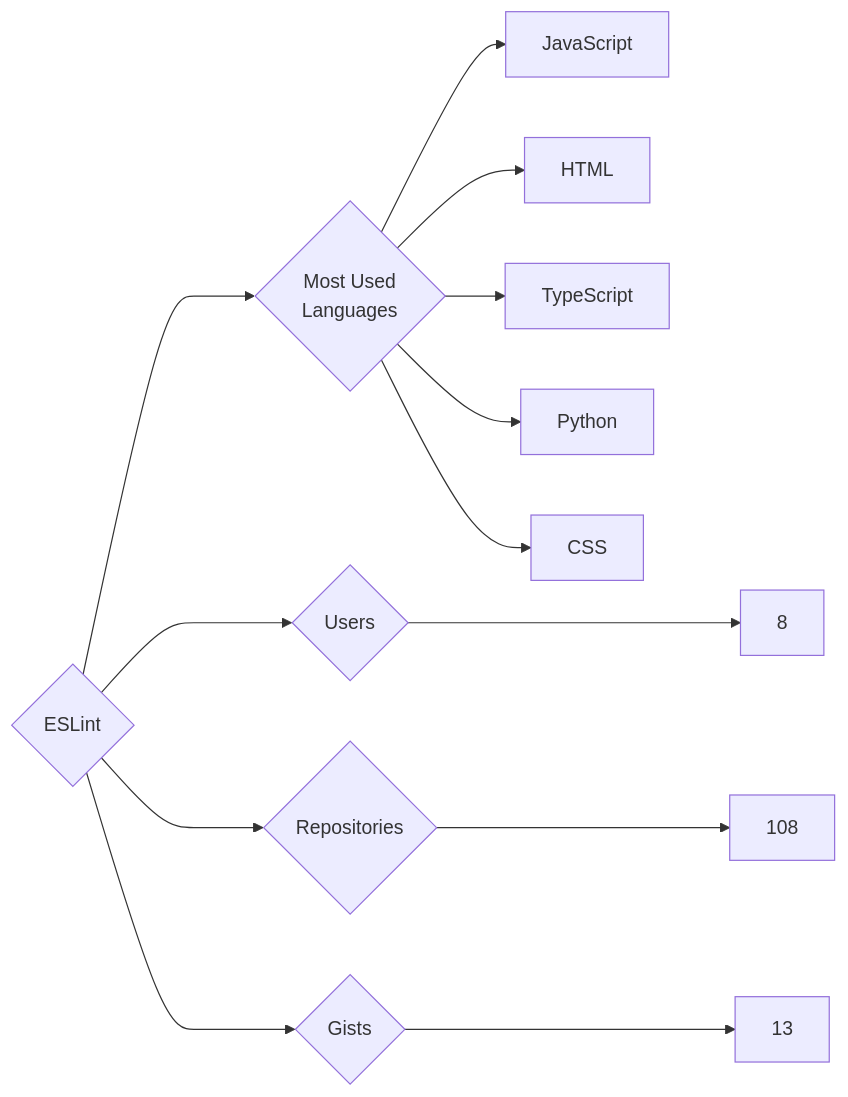
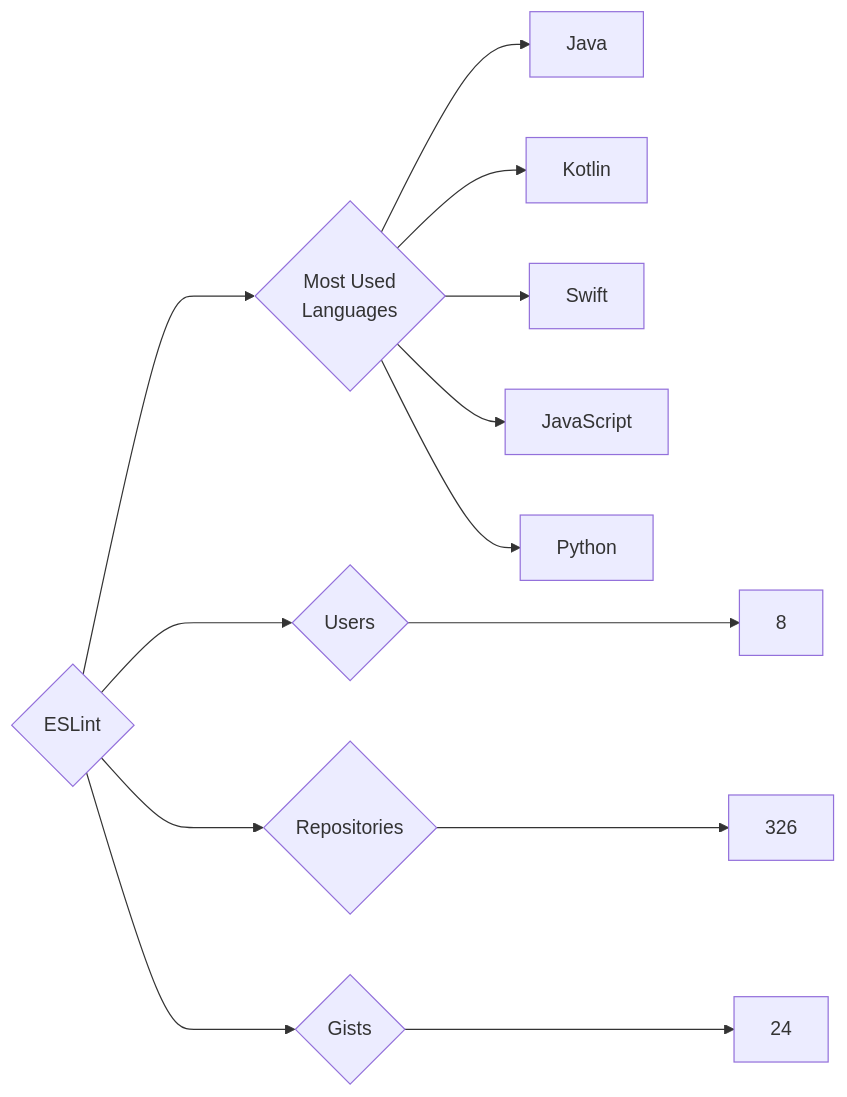
One commit to trickest/insiders changed the diagram in targets/ESLint/README.md. Above: the diagram before and after it, drawn with Mermaid. The commit also changed 1141 other files, not shown here.

````diff
--- a/targets/ESLint/README.md
+++ b/targets/ESLint/README.md
@@ -3,13 +3,13 @@
 ```mermaid
 graph LR
 COMPANY_NAME{ESLint}
 COMPANY_NAME ---> U{Users} ---> UN[8]
-COMPANY_NAME ---> R{Repositories} ---> RN[108]
-COMPANY_NAME ---> G{Gists} ---> GN[13]
+COMPANY_NAME ---> R{Repositories} ---> RN[326]
+COMPANY_NAME ---> G{Gists} ---> GN[24]
 COMPANY_NAME ---> ML{Most Used<br>Languages}
+ML --> Java[Java]
+ML --> Kotlin[Kotlin]
+ML --> Swift[Swift]
 ML --> JavaScript[JavaScript]
-ML --> HTML[HTML]
-ML --> TypeScript[TypeScript]
 ML --> Python[Python]
-ML --> CSS[CSS]
 ```
````
